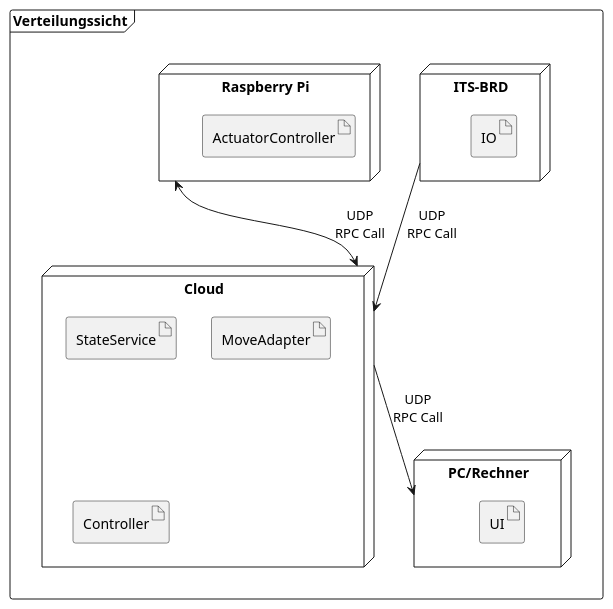
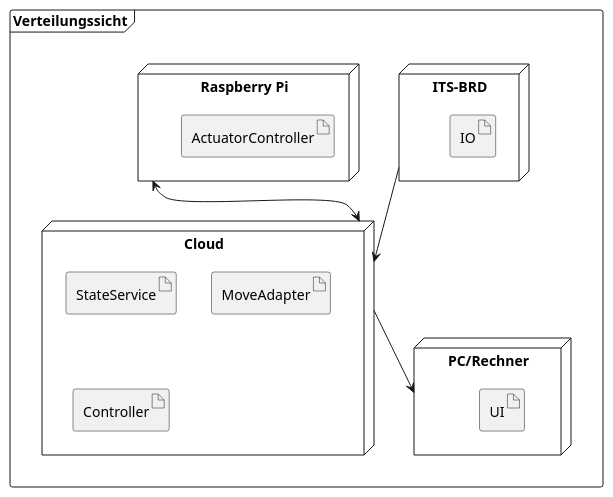
The diagram in Docs/Application/diagrams/deploymentView250625.plantuml (DavidDao1997/VS_Praktikum-2025-SoSe), drawn with PlantUML before and after one commit. The commit also changed 13 other files, not shown here.

```diff
--- a/Docs/Application/diagrams/deploymentView250625.plantuml
+++ b/Docs/Application/diagrams/deploymentView250625.plantuml
@@ -1,29 +1,29 @@
 @startuml
 ' Verteilungssicht: UML-konformes Deployment-Diagramm
 
 frame "Verteilungssicht" {
 
     node "PC/Rechner" as pc {
         artifact "UI"
     }
 
     node "ITS-BRD" as brd {
         artifact "IO"
     }
 
     node "Raspberry Pi" as pi {
         artifact "ActuatorController"
     }
 
     node "Cloud" as cloud {
         artifact "StateService"
         artifact "MoveAdapter"
         artifact "Controller"
     }
 }
 
 ' Kommunikationsbeziehungen
-brd --> cloud : UDP\nRPC Call
-pi <--> cloud : UDP\nRPC Call
-cloud --> pc : UDP\nRPC Call
+brd --> cloud 
+pi <--> cloud 
+cloud --> pc 
 @enduml
```
